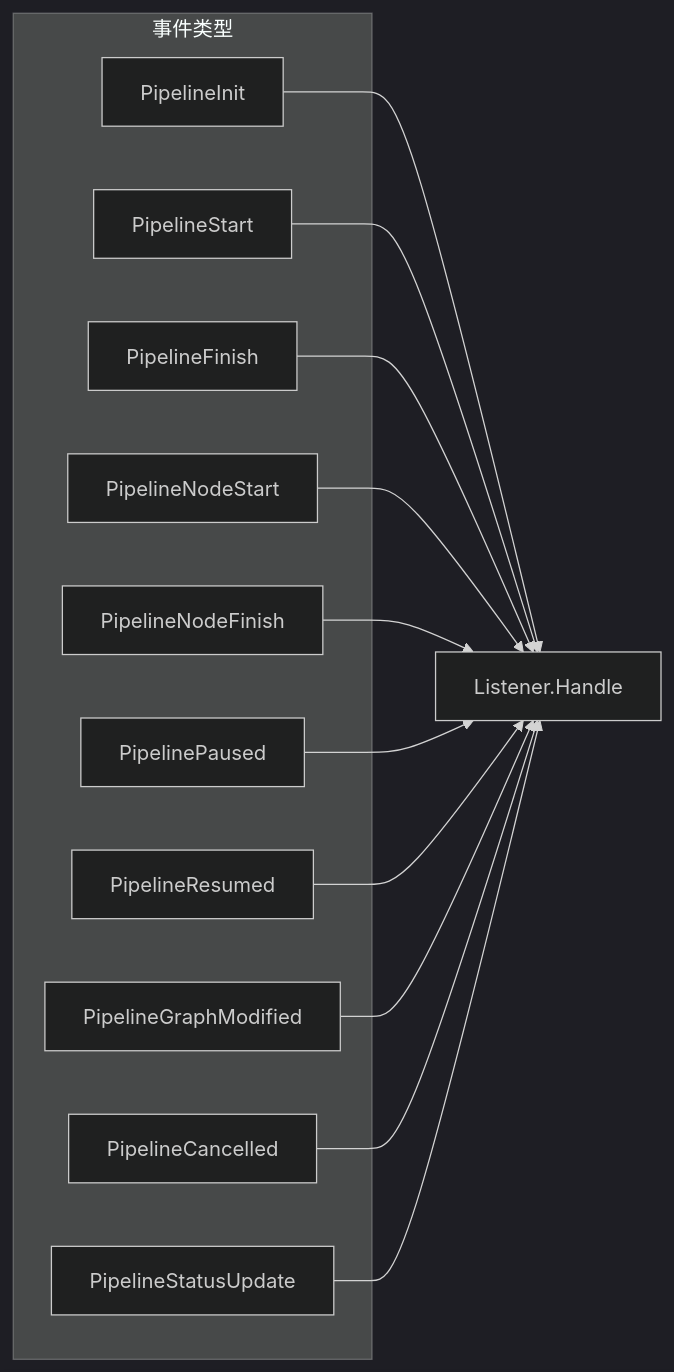
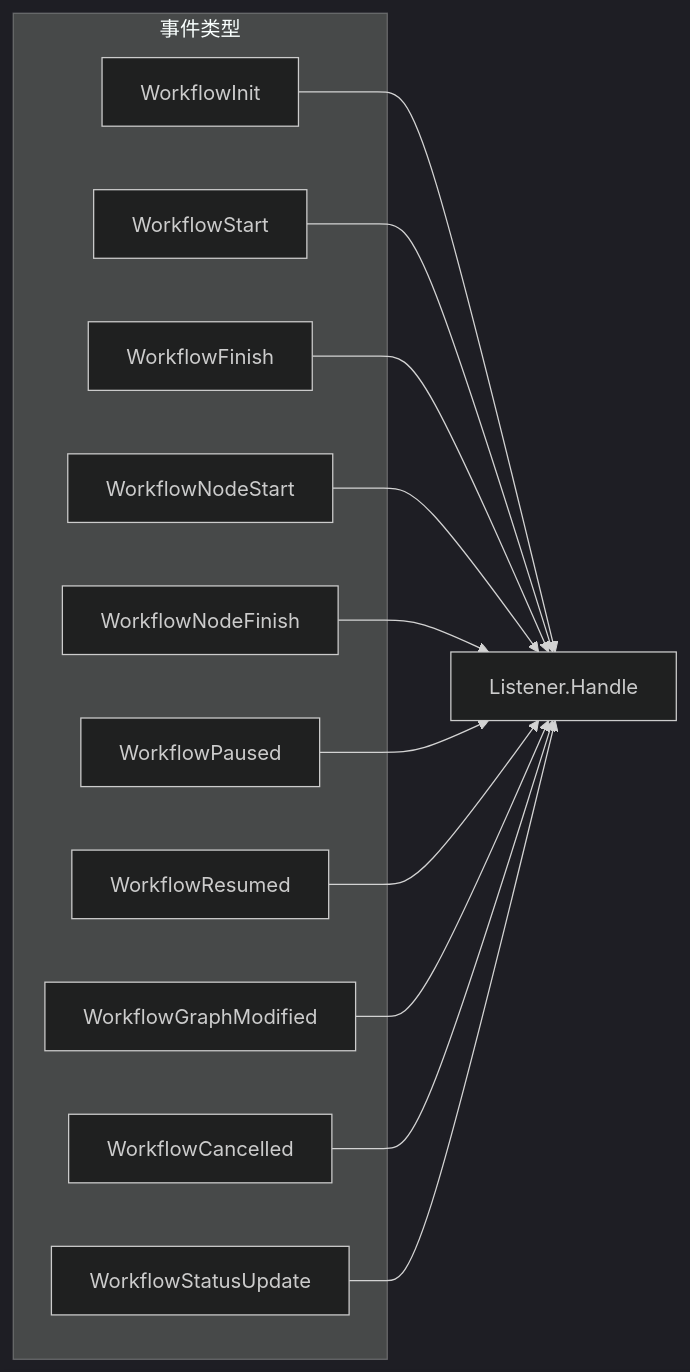
Diagram 13 of 15 in dag/FLOWS.md (LerkoX/flowx), drawn with Mermaid (dark theme) before and after one commit. The commit also changed other lines of this file and 99 other files, not shown here.

First line of the commit message:
refactor: Pipeline 统一更名为 Workflow

````diff
--- a/dag/FLOWS.md
+++ b/dag/FLOWS.md
@@ -319,26 +319,26 @@
 ```mermaid
 flowchart LR
     subgraph event_types["事件类型"]
-    A[PipelineInit]
-    B[PipelineStart]
-    C[PipelineFinish]
-    D[PipelineNodeStart]
-    E[PipelineNodeFinish]
-    F[PipelinePaused]
-    G[PipelineResumed]
-    H[PipelineGraphModified]
-    I[PipelineCancelled]
-    J[PipelineStatusUpdate]
+    A[WorkflowInit]
+    B[WorkflowStart]
+    C[WorkflowFinish]
+    D[WorkflowNodeStart]
+    E[WorkflowNodeFinish]
+    F[WorkflowPaused]
+    G[WorkflowResumed]
+    H[WorkflowGraphModified]
+    I[WorkflowCancelled]
+    J[WorkflowStatusUpdate]
     end
 
     A --> K[Listener.Handle]
     B --> K
     C --> K
     D --> K
     E --> K
     F --> K
     G --> K
     H --> K
     I --> K
     J --> K
 ```
````
